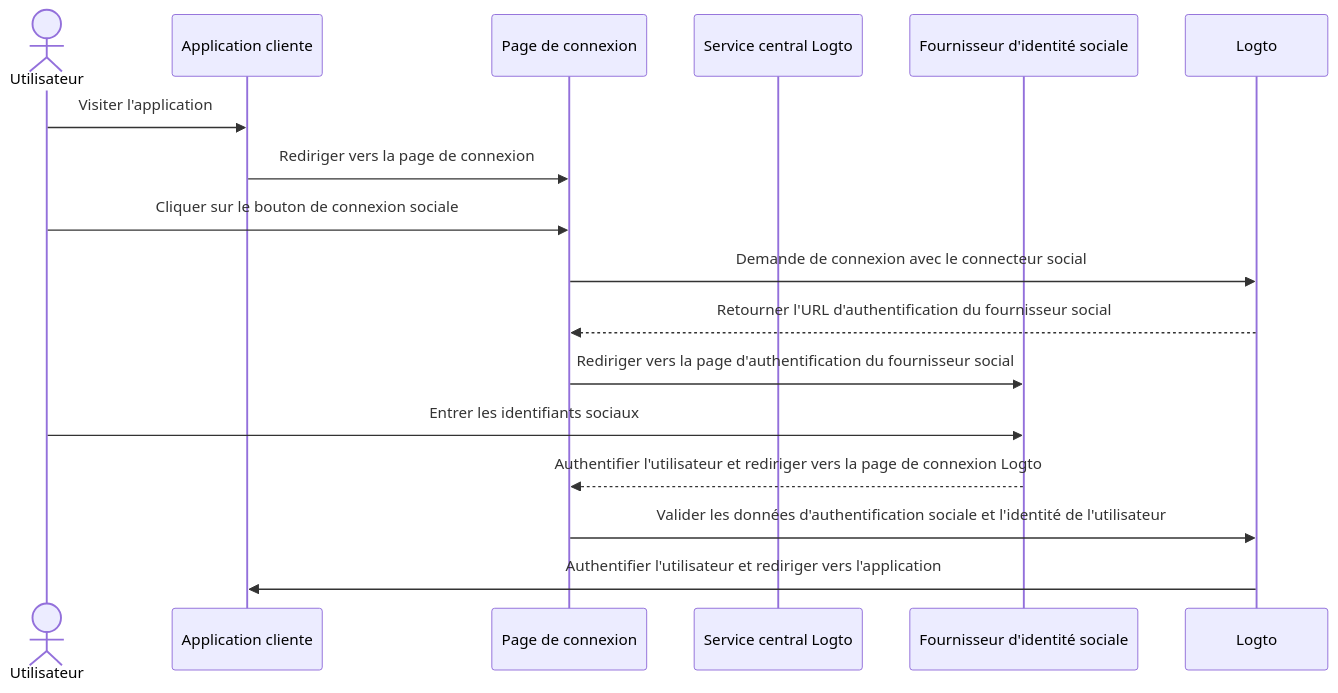
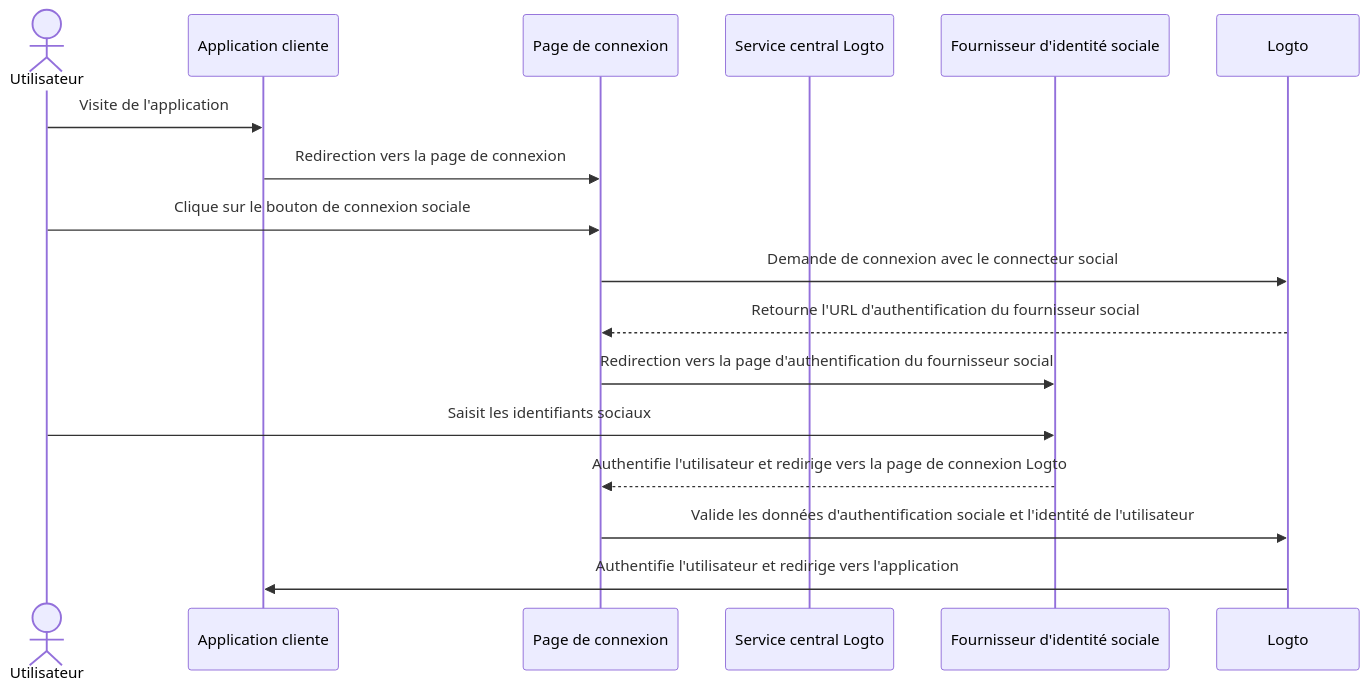
Before and after one commit to logto-io/docs: the first of 5 diagrams in i18n/fr/docusaurus-plugin-content-docs/current/end-user-flows/sign-up-and-sign-in/social-sign-in.mdx, drawn with Mermaid. The commit also changed other lines of this file and 234 other files, not shown here.

````diff
--- a/i18n/fr/docusaurus-plugin-content-docs/current/end-user-flows/sign-up-and-sign-in/social-sign-in.mdx
+++ b/i18n/fr/docusaurus-plugin-content-docs/current/end-user-flows/sign-up-and-sign-in/social-sign-in.mdx
@@ -36,19 +36,19 @@
 ```mermaid
 sequenceDiagram
     actor user as Utilisateur
     participant app as Application cliente
     participant experience as Page de connexion
     participant logto as Service central Logto
     participant social as Fournisseur d'identité sociale
 
-    user->>app: Visiter l'application
-    app->>experience: Rediriger vers la page de connexion
-    user->>experience: Cliquer sur le bouton de connexion sociale
+    user->>app: Visite de l'application
+    app->>experience: Redirection vers la page de connexion
+    user->>experience: Clique sur le bouton de connexion sociale
     experience->>Logto: Demande de connexion avec le connecteur social
-    Logto-->>experience: Retourner l'URL d'authentification du fournisseur social
-    experience->>social: Rediriger vers la page d'authentification du fournisseur social
-    user->>social: Entrer les identifiants sociaux
-    social-->>experience: Authentifier l'utilisateur et rediriger vers la page de connexion Logto
-    experience->>Logto: Valider les données d'authentification sociale et l'identité de l'utilisateur
-    Logto->>app: Authentifier l'utilisateur et rediriger vers l'application
+    Logto-->>experience: Retourne l'URL d'authentification du fournisseur social
+    experience->>social: Redirection vers la page d'authentification du fournisseur social
+    user->>social: Saisit les identifiants sociaux
+    social-->>experience: Authentifie l'utilisateur et redirige vers la page de connexion Logto
+    experience->>Logto: Valide les données d'authentification sociale et l'identité de l'utilisateur
+    Logto->>app: Authentifie l'utilisateur et redirige vers l'application
 ```
````
